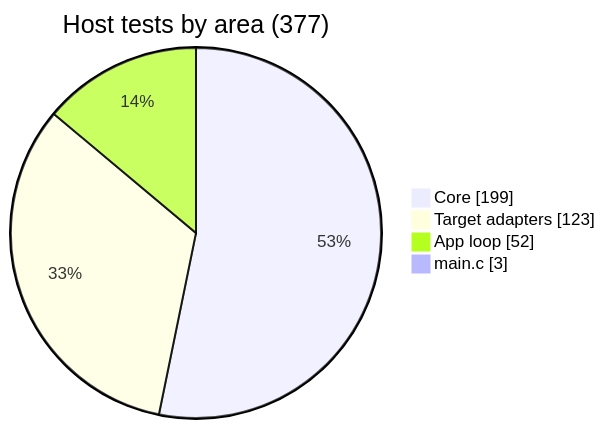
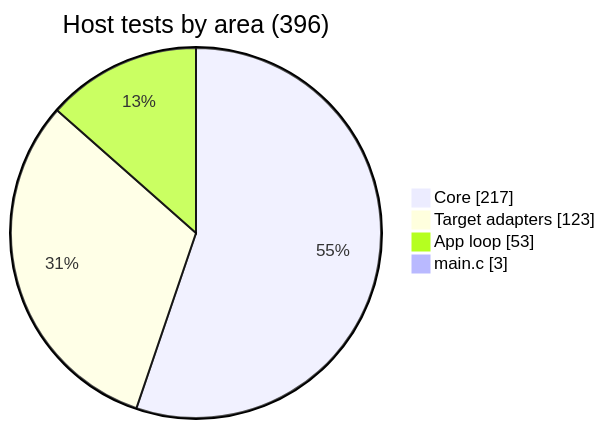
One commit to BonelessPig/nano_sequencer changed diagram 24 of 27 in docs/ARCHITECTURE.md. Above: the diagram before and after it, drawn with Mermaid. The commit also changed other lines of this file and 35 other files, not shown here.

````diff
--- a/docs/ARCHITECTURE.md
+++ b/docs/ARCHITECTURE.md
@@ -982,8 +1038,8 @@
 ```mermaid
 pie showData
-    title Host tests by area (377)
-    "Core" : 199
+    title Host tests by area (396)
+    "Core" : 217
     "Target adapters" : 123
-    "App loop" : 52
+    "App loop" : 53
     "main.c" : 3
 ```
````
